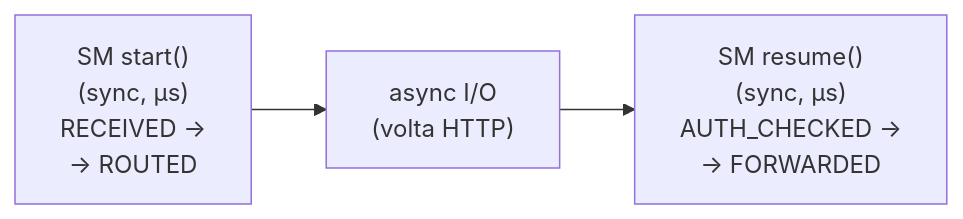
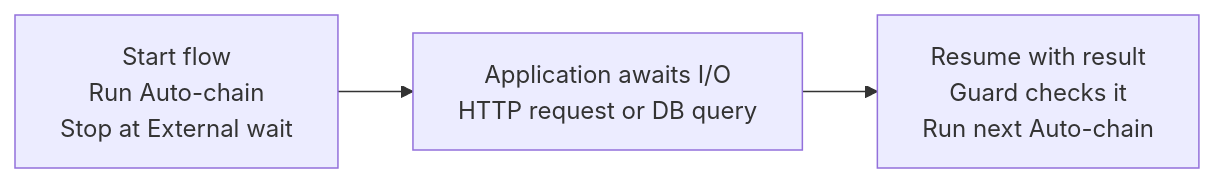
One commit to opaopa6969/tramli changed the diagram in docs/async-integration.md. Above: the diagram before and after it, drawn with Mermaid. The commit also changed other lines of this file and 4 other files, not shown here.

````diff
--- a/docs/async-integration.md
+++ b/docs/async-integration.md
@@ -8,8 +24,8 @@
 ```mermaid
 flowchart LR
-    Start["SM start()<br/>(sync, μs)<br/>RECEIVED →<br/>→ ROUTED"]
-    Async["async I/O<br/>(volta HTTP)"]
-    Resume["SM resume()<br/>(sync, μs)<br/>AUTH_CHECKED →<br/>→ FORWARDED"]
+    Start["Start flow<br/>Run Auto-chain<br/>Stop at External wait"]
+    Async["Application awaits I/O<br/>HTTP request or DB query"]
+    Resume["Resume with result<br/>Guard checks it<br/>Run next Auto-chain"]
 
     Start --> Async --> Resume
 ```
````
